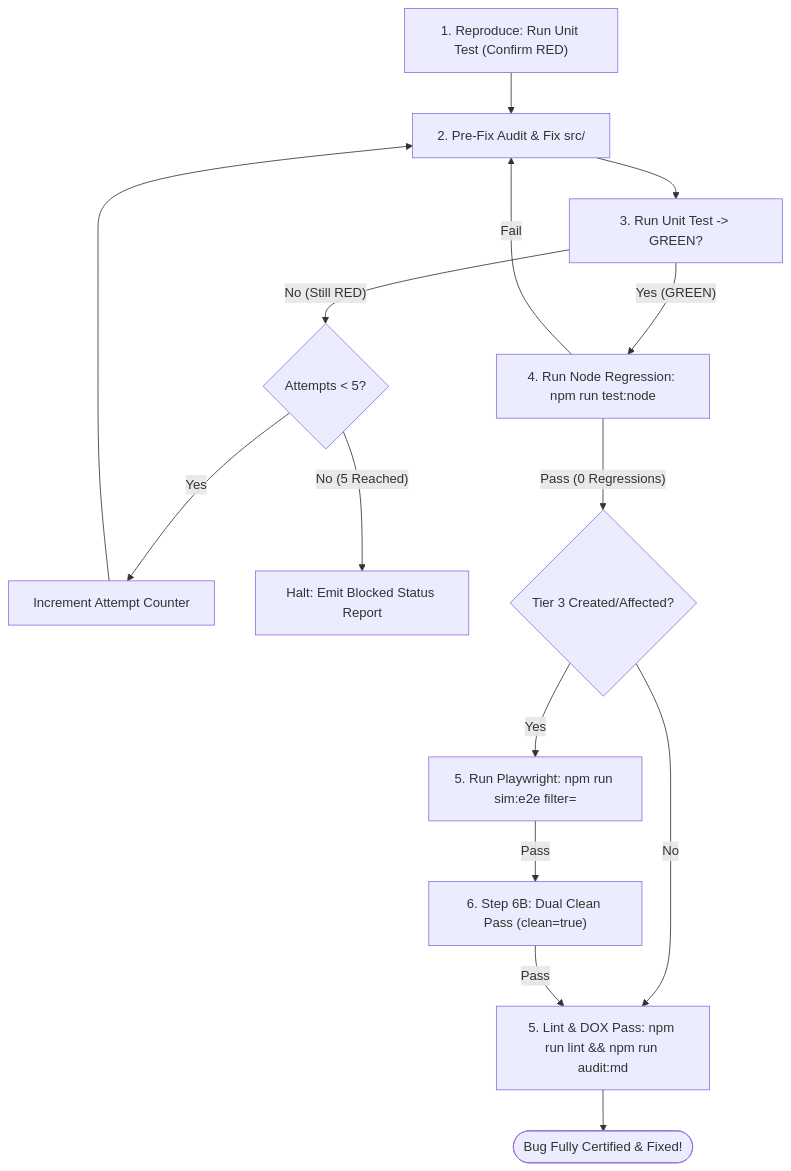
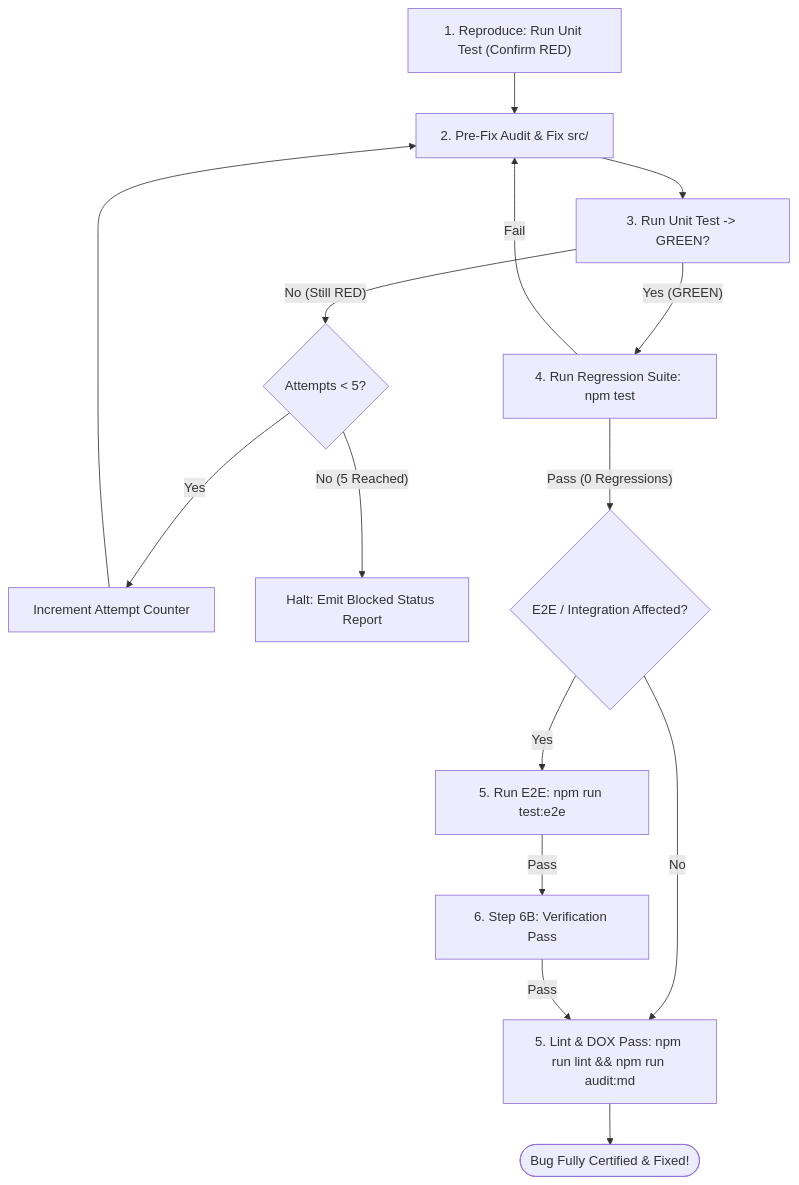
The diagram in skills/systematic-debugging/references/verification_and_repair_loop.md (francogp/auditor), drawn with Mermaid before and after one commit. The commit also changed other lines of this file and 47 other files, not shown here.

````diff
--- a/skills/systematic-debugging/references/verification_and_repair_loop.md
+++ b/skills/systematic-debugging/references/verification_and_repair_loop.md
@@ -9,16 +9,16 @@
 ```mermaid
 flowchart TD
     Reproduce["1. Reproduce: Run Unit Test (Confirm RED)"] --> Diagnose["2. Pre-Fix Audit & Fix src/"]
     Diagnose --> VerifyUnit["3. Run Unit Test -> GREEN?"]
     VerifyUnit -- "No (Still RED)" --> AttemptCheck{"Attempts < 5?"}
     AttemptCheck -- "Yes" --> Increment["Increment Attempt Counter"] --> Diagnose
     AttemptCheck -- "No (5 Reached)" --> AbortBlocked["Halt: Emit Blocked Status Report"]
-    VerifyUnit -- "Yes (GREEN)" --> RunNodeRegression["4. Run Node Regression: npm run test:node"]
+    VerifyUnit -- "Yes (GREEN)" --> RunNodeRegression["4. Run Regression Suite: npm test"]
     RunNodeRegression -- "Fail" --> Diagnose
-    RunNodeRegression -- "Pass (0 Regressions)" --> CheckTier3{"Tier 3 Created/Affected?"}
+    RunNodeRegression -- "Pass (0 Regressions)" --> CheckTier3{"E2E / Integration Affected?"}
     CheckTier3 -- "No" --> LintAndDox["5. Lint & DOX Pass: npm run lint && npm run audit:md"]
-    CheckTier3 -- "Yes" --> RunPlaywright["5. Run Playwright: npm run sim:e2e filter=<suite>"]
-    RunPlaywright -- "Pass" --> CleanZeroPass["6. Step 6B: Dual Clean Pass (clean=true)"]
+    CheckTier3 -- "Yes" --> RunPlaywright["5. Run E2E: npm run test:e2e"]
+    RunPlaywright -- "Pass" --> CleanZeroPass["6. Step 6B: Verification Pass"]
     CleanZeroPass -- "Pass" --> LintAndDox
     LintAndDox --> Done(["Bug Fully Certified & Fixed!"])
 ```
````
